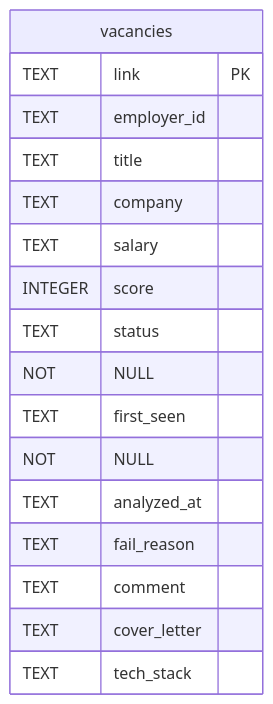
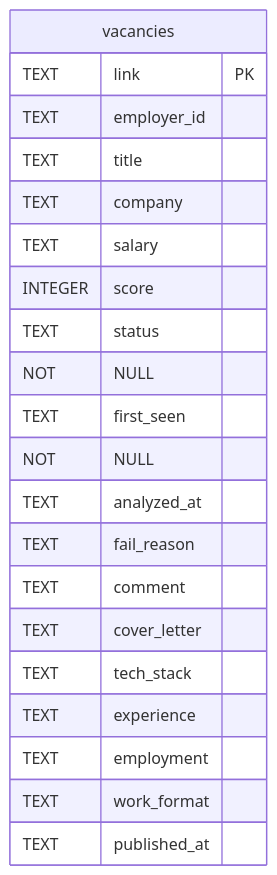
One commit to H09an/AiRecruiter changed the second of 2 diagrams in docs/architecture.md. Above: the diagram before and after it, drawn with Mermaid. The commit also changed other lines of this file and 22 other files, not shown here.

````diff
--- a/docs/architecture.md
+++ b/docs/architecture.md
@@ -130,18 +134,22 @@
 ```mermaid
 erDiagram
     vacancies {
         TEXT link PK
         TEXT employer_id
         TEXT title
         TEXT company
         TEXT salary
         INTEGER score
         TEXT status NOT NULL
         TEXT first_seen NOT NULL
         TEXT analyzed_at
         TEXT fail_reason
         TEXT comment
         TEXT cover_letter
         TEXT tech_stack
+        TEXT experience
+        TEXT employment
+        TEXT work_format
+        TEXT published_at
     }
 ```
````
